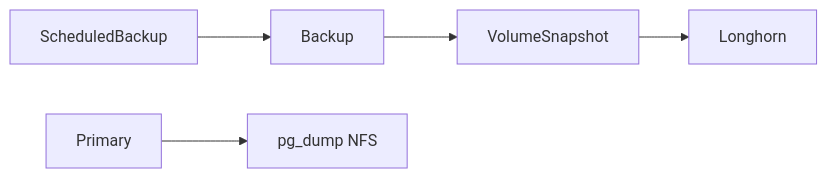
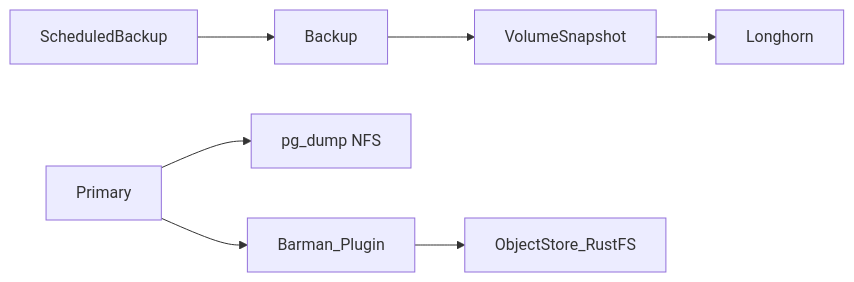
Before and after one commit to HenryHST/minilab: the diagram in docs/bookstack/books/cloudnative-pg/02-architektur.md, drawn with Mermaid. The commit also changed other lines of this file and 13 other files, not shown here.

````diff
--- a/docs/bookstack/books/cloudnative-pg/02-architektur.md
+++ b/docs/bookstack/books/cloudnative-pg/02-architektur.md
@@ -60,7 +71,9 @@
 ```mermaid
 flowchart LR
   Plan[ScheduledBackup] --> Backup
   Backup --> Snap[VolumeSnapshot]
   Snap --> Longhorn
   Primary[Primary] --> Dump[pg_dump NFS]
+  Primary --> Plugin[Barman_Plugin]
+  Plugin --> RustFS[ObjectStore_RustFS]
 ```
````
